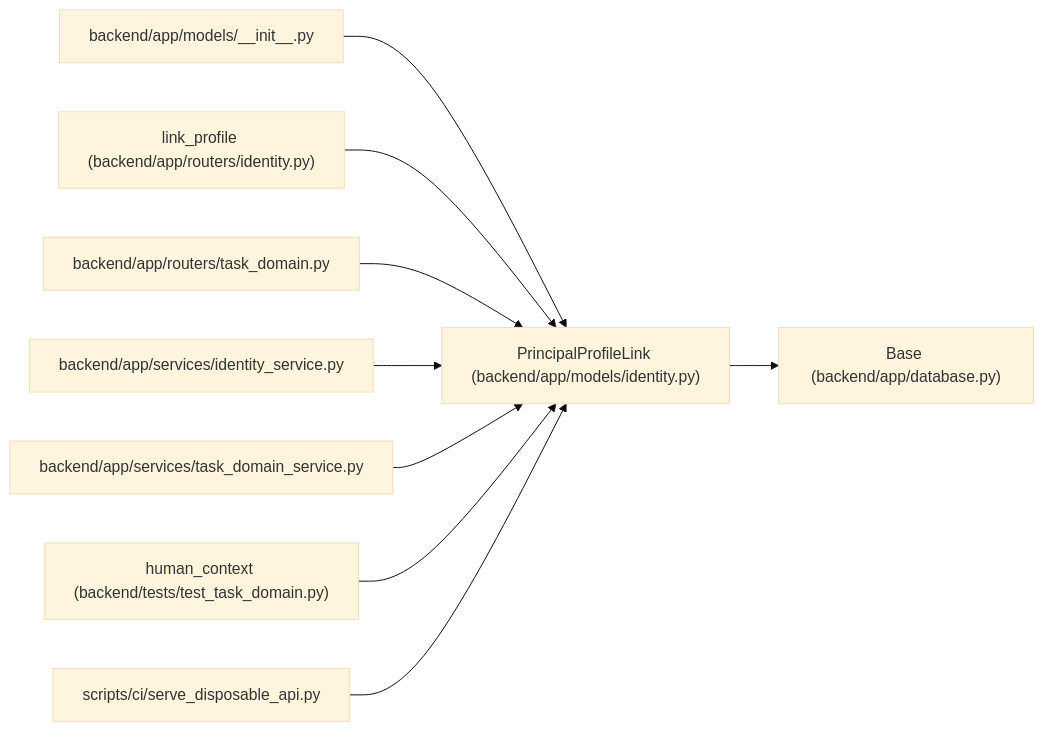
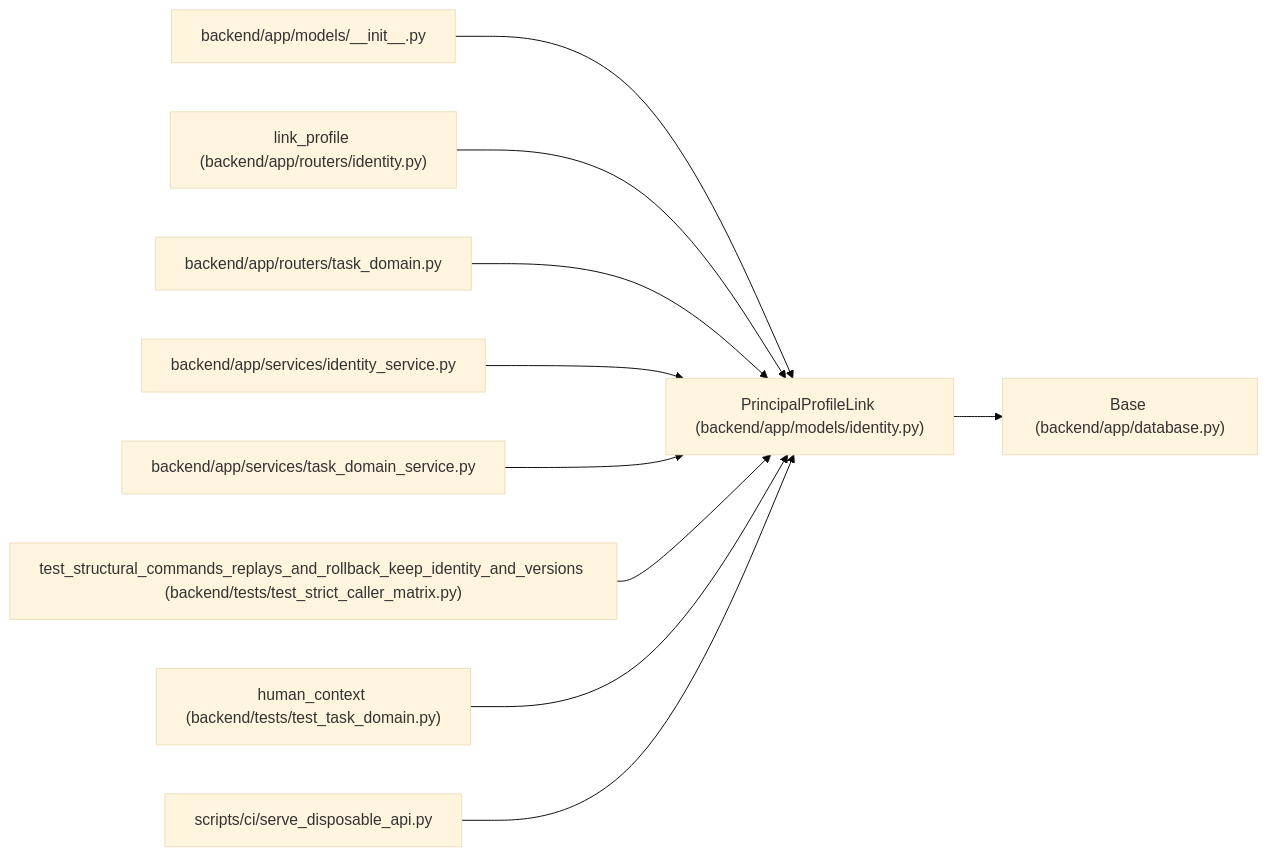
The diagram in docs/llm_wiki/entities/PrincipalProfileLink.md (Denissvgn/WorkChord), drawn with Mermaid (base theme) before and after one commit. The commit also changed other lines of this file and 398 other files, not shown here.

Commit message:
docs(wiki): describe qualified strict caller recovery boundaries

````diff
--- a/docs/llm_wiki/entities/PrincipalProfileLink.md
+++ b/docs/llm_wiki/entities/PrincipalProfileLink.md
@@ -28,29 +28,32 @@
 ```mermaid
 flowchart LR
     n0["PrincipalProfileLink (backend/app/models/identity.py)"]
     n1["Base (backend/app/database.py)"]
     n2["backend/app/models/__init__.py"]
     n3["link_profile (backend/app/routers/identity.py)"]
     n4["backend/app/routers/task_domain.py"]
     n5["backend/app/services/identity_service.py"]
     n6["backend/app/services/task_domain_service.py"]
-    n7["human_context (backend/tests/test_task_domain.py)"]
-    n8["scripts/ci/serve_disposable_api.py"]
+    n7["test_structural_commands_replays_and_rollback_keep_identity_and_versions (backend/tests/test_strict_caller_matrix.py)"]
+    n8["human_context (backend/tests/test_task_domain.py)"]
+    n9["scripts/ci/serve_disposable_api.py"]
     n0 --> n1
     n2 --> n0
     n3 --> n0
     n4 --> n0
     n5 --> n0
     n6 --> n0
     n7 --> n0
     n8 --> n0
+    n9 --> n0
     click n0 "../modules/models_identity.md"
     click n1 "../modules/app_database.md"
     click n2 "../modules/models___init__.md"
     click n3 "../modules/routers_identity.md"
     click n4 "../modules/routers_task_domain.md"
     click n5 "../modules/identity_service.md"
     click n6 "../modules/task_domain_service.md"
-    click n7 "../modules/test_task_domain.md"
-    click n8 "../modules/serve_disposable_api.md"
+    click n7 "../modules/test_strict_caller_matrix.md"
+    click n8 "../modules/test_task_domain.md"
+    click n9 "../modules/serve_disposable_api.md"
 ```
````
